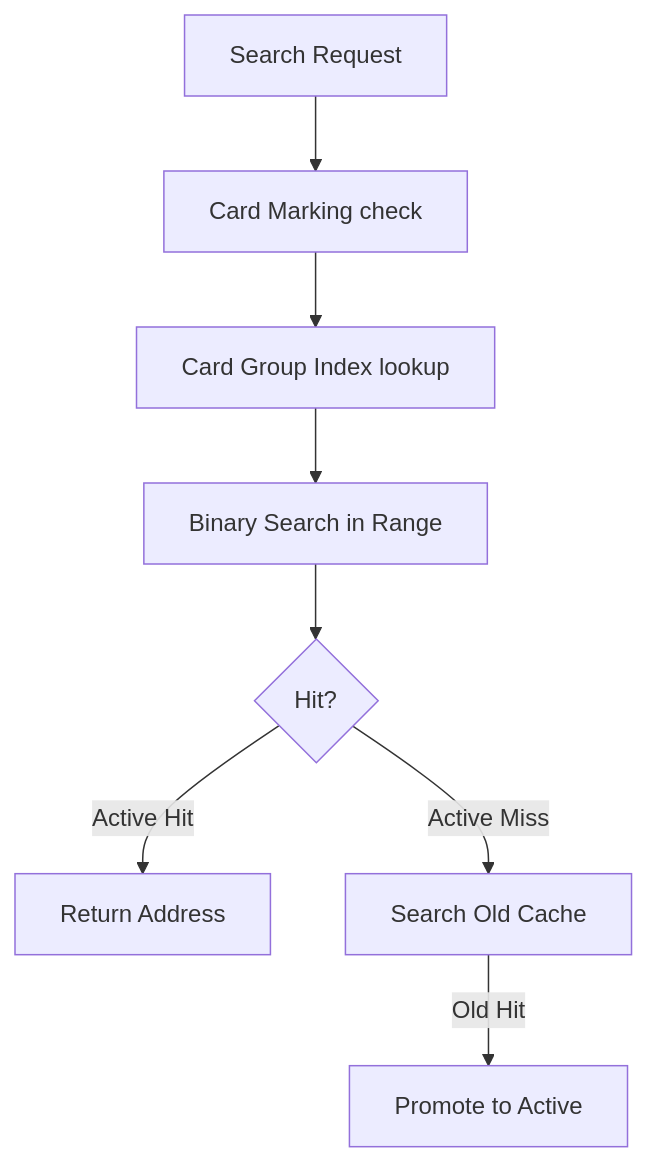
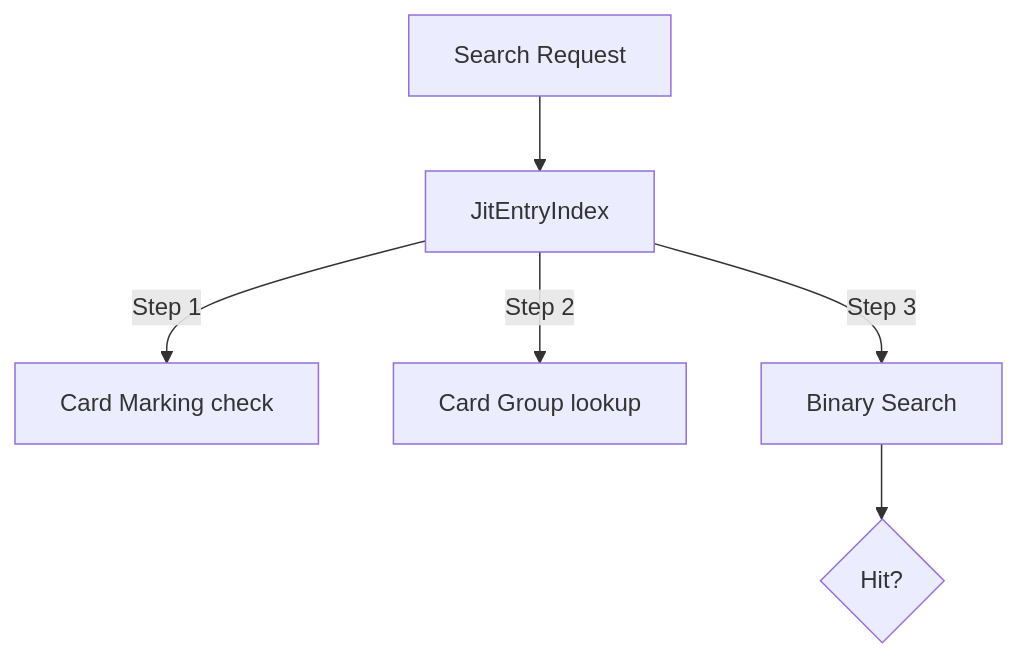
One commit to kmt-t/fireball changed the first of 2 diagrams in docs/orders/components/jit_entry_index.md. Above: the diagram before and after it, drawn with Mermaid. The commit also changed other lines of this file and 11 other files, not shown here.

````diff
--- a/docs/orders/components/jit_entry_index.md
+++ b/docs/orders/components/jit_entry_index.md
@@ -17,10 +18,8 @@
 ```mermaid
 graph TD
-    Search[Search Request] --> Mark[Card Marking check]
-    Mark --> Card[Card Group Index lookup]
-    Card --> BinSearch[Binary Search in Range]
+    Search[Search Request] --> Engine[JitEntryIndex]
+    Engine -->|Step 1| Mark[Card Marking check]
+    Engine -->|Step 2| Card[Card Group lookup]
+    Engine -->|Step 3| BinSearch[Binary Search]
     BinSearch --> Result{Hit?}
-    Result -->|Active Hit| Return[Return Address]
-    Result -->|Active Miss| OldSearch[Search Old Cache]
-    OldSearch -->|Old Hit| Promote[Promote to Active]
 ```
````
